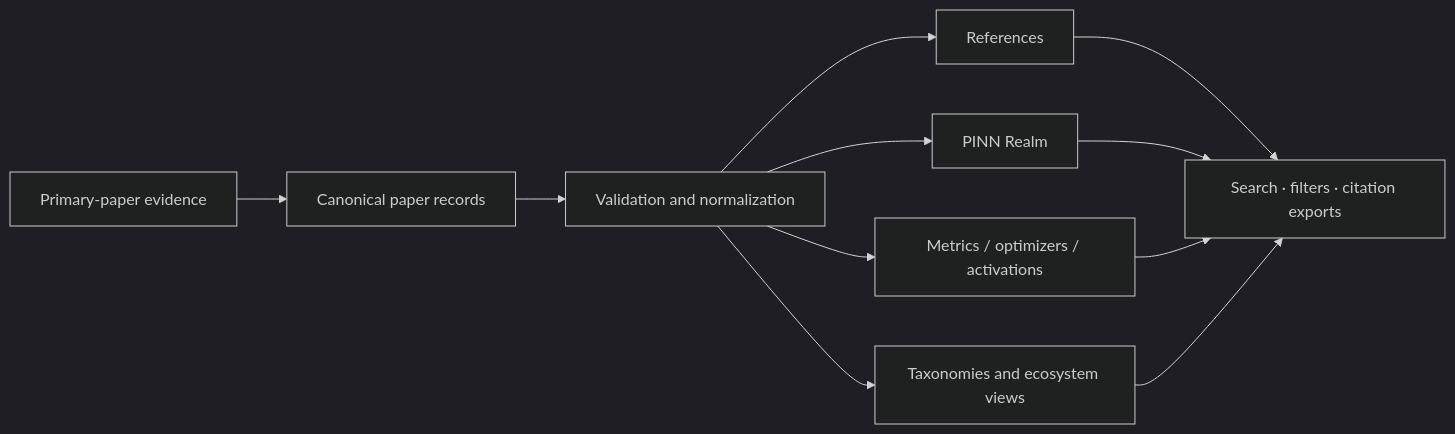
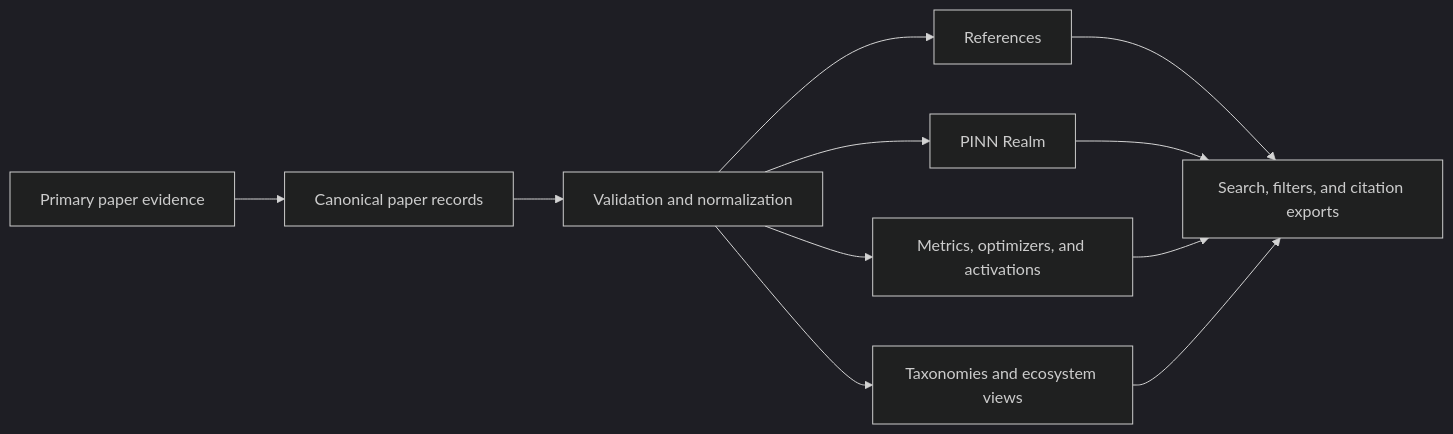
Before and after one commit to ahafuaej-alt/PINN-Review: the diagram in README.md, drawn with Mermaid (dark theme).

Commit message:
Fix README Mermaid rendering

````diff
--- a/README.md
+++ b/README.md
@@ -79,13 +79,13 @@
 ```mermaid
 flowchart LR
-    A[Primary-paper evidence] --> B[Canonical paper records]
-    B --> C[Validation and normalization]
-    C --> D[References]
-    C --> E[PINN Realm]
-    C --> F[Metrics / optimizers / activations]
-    C --> G[Taxonomies and ecosystem views]
-    D --> H[Search · filters · citation exports]
+    A["Primary paper evidence"] --> B["Canonical paper records"]
+    B --> C["Validation and normalization"]
+    C --> D["References"]
+    C --> E["PINN Realm"]
+    C --> F["Metrics, optimizers, and activations"]
+    C --> G["Taxonomies and ecosystem views"]
+    D --> H["Search, filters, and citation exports"]
     E --> H
     F --> H
     G --> H
 ```
````
